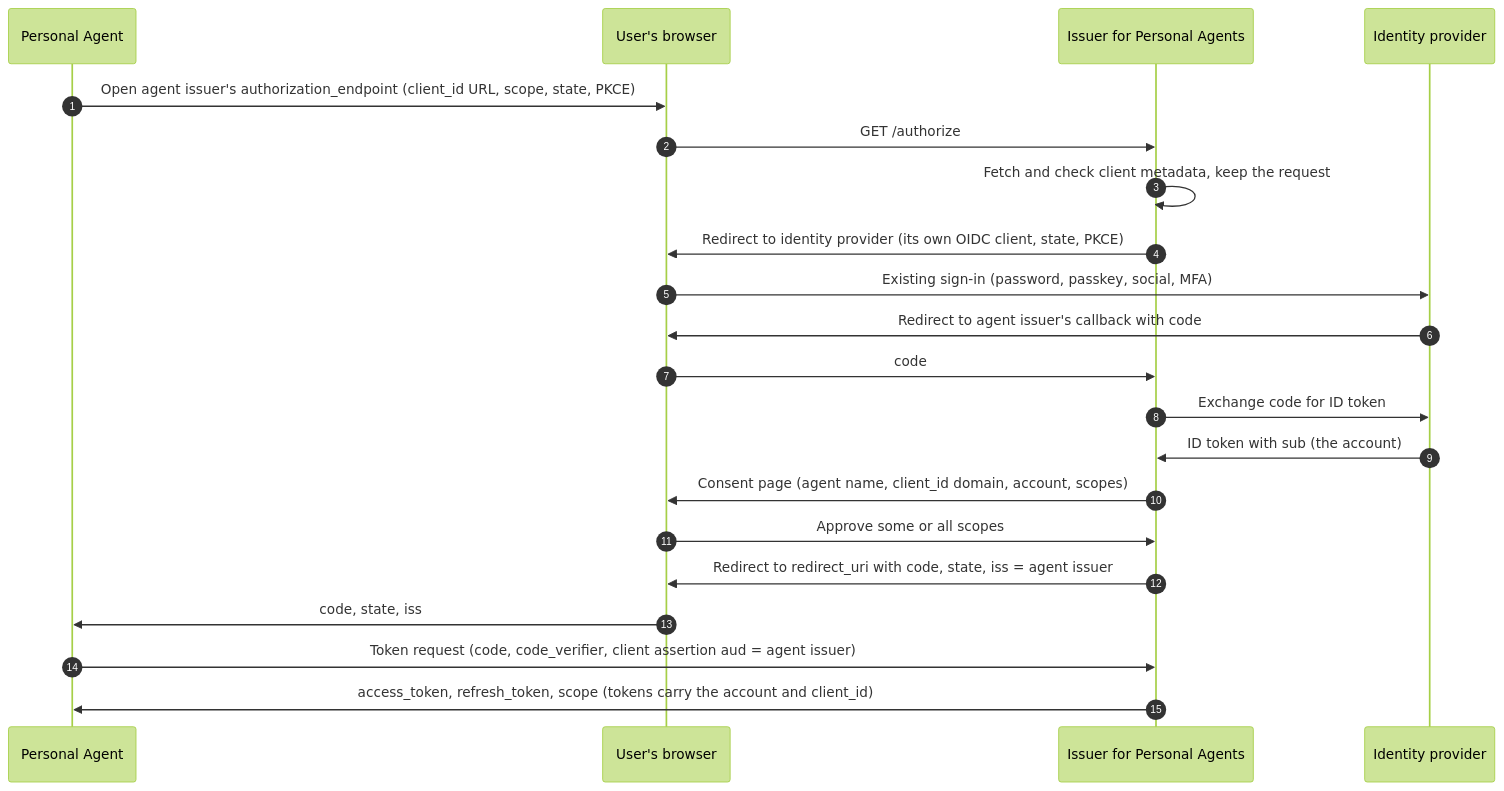
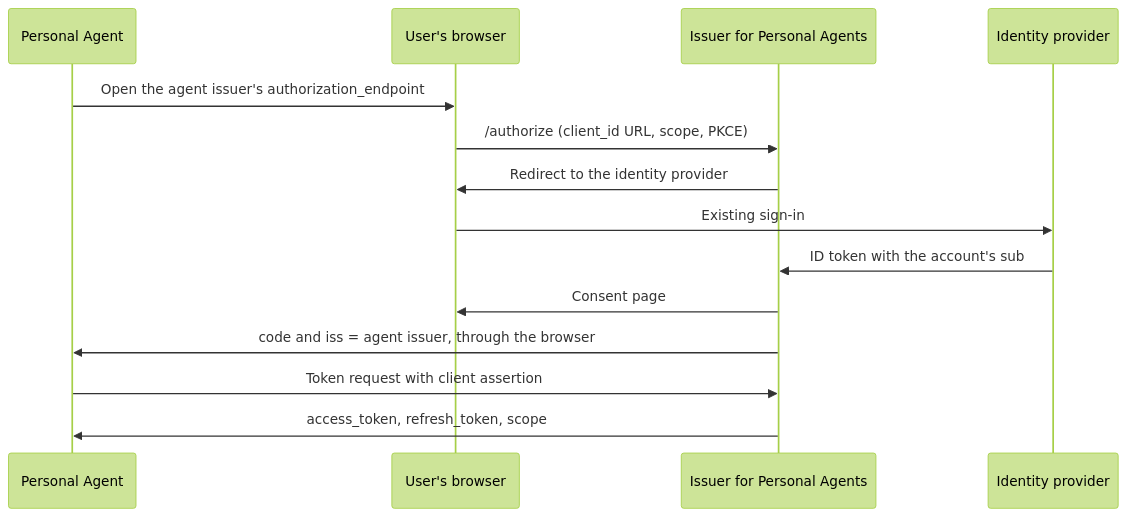
Before and after one commit to gaokevin1/personal-agent-protocol: the fifth of 8 diagrams in kit/company/patterns/identity-provider.md, drawn with Mermaid (forest theme). The commit also changed other lines of this file and 1 other file, not shown here.

Commit message:
Trim the identity provider pattern to the essentials

````diff
--- a/kit/company/patterns/identity-provider.md
+++ b/kit/company/patterns/identity-provider.md
@@ -194,23 +124,16 @@
 ```mermaid
 sequenceDiagram
-  autonumber
   participant PA as Personal Agent
   participant B as User's browser
   participant AS as Issuer for Personal Agents
   participant IdP as Identity provider
-  PA->>B: Open agent issuer's authorization_endpoint (client_id URL, scope, state, PKCE)
-  B->>AS: GET /authorize
-  AS->>AS: Fetch and check client metadata, keep the request
-  AS->>B: Redirect to identity provider (its own OIDC client, state, PKCE)
-  B->>IdP: Existing sign-in (password, passkey, social, MFA)
-  IdP->>B: Redirect to agent issuer's callback with code
-  B->>AS: code
-  AS->>IdP: Exchange code for ID token
-  IdP->>AS: ID token with sub (the account)
-  AS->>B: Consent page (agent name, client_id domain, account, scopes)
-  B->>AS: Approve some or all scopes
-  AS->>B: Redirect to redirect_uri with code, state, iss = agent issuer
-  B->>PA: code, state, iss
-  PA->>AS: Token request (code, code_verifier, client assertion aud = agent issuer)
-  AS->>PA: access_token, refresh_token, scope (tokens carry the account and client_id)
+  PA->>B: Open the agent issuer's authorization_endpoint
+  B->>AS: /authorize (client_id URL, scope, PKCE)
+  AS->>B: Redirect to the identity provider
+  B->>IdP: Existing sign-in
+  IdP->>AS: ID token with the account's sub
+  AS->>B: Consent page
+  AS->>PA: code and iss = agent issuer, through the browser
+  PA->>AS: Token request with client assertion
+  AS->>PA: access_token, refresh_token, scope
 ```
````
